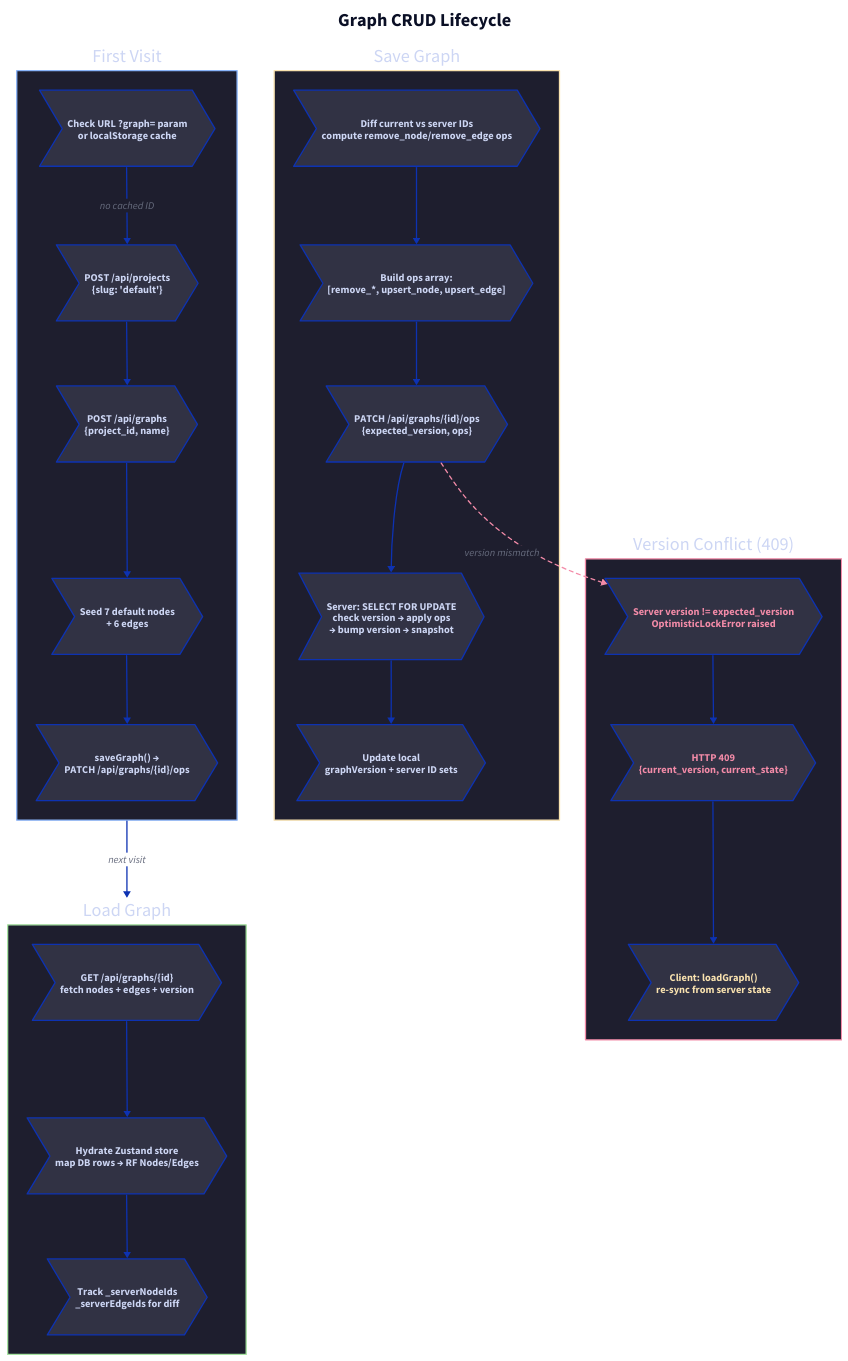
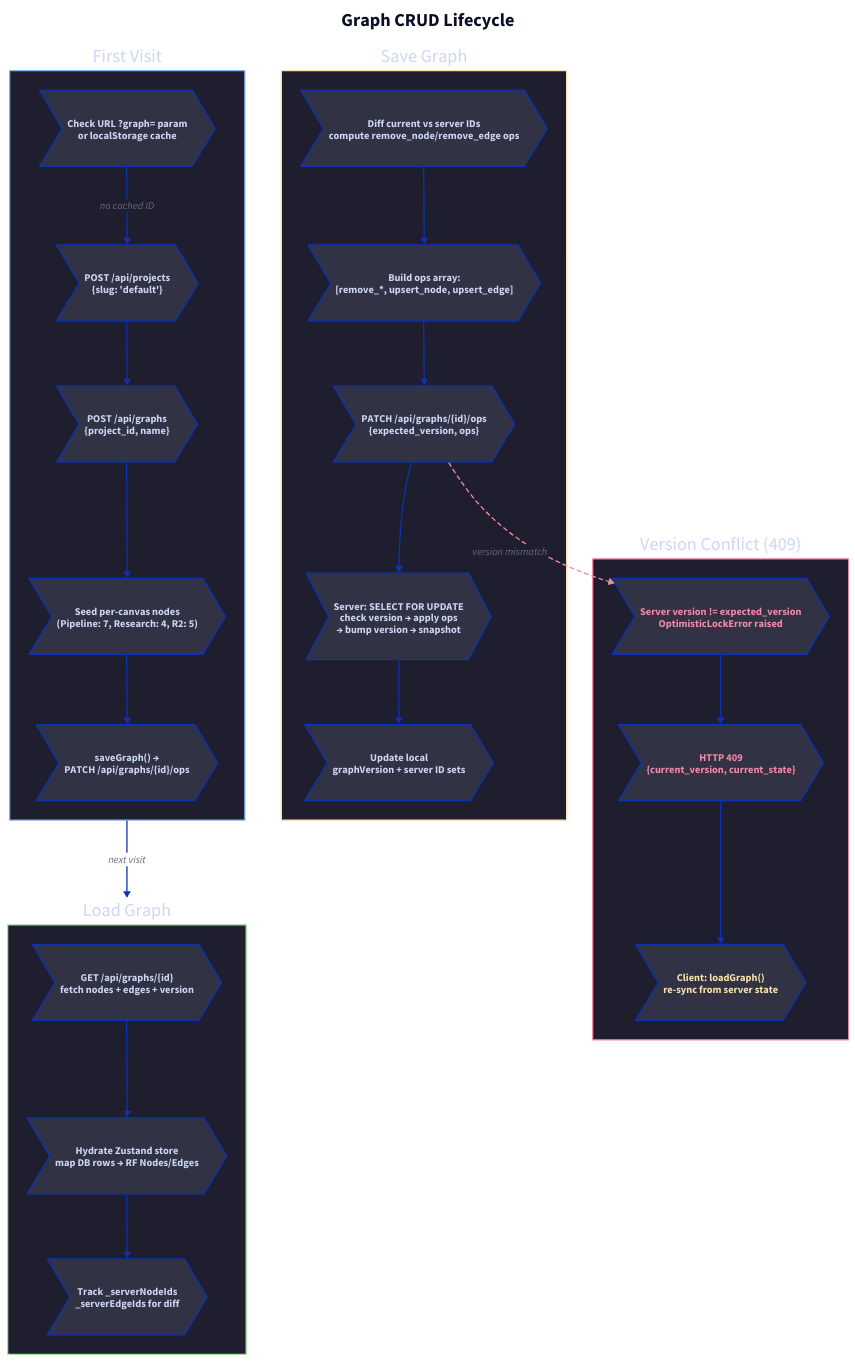
Before and after one commit to musicofhel/node-graph-substrate: the diagram in docs/diagrams/09-graph-crud.d2, drawn with D2. The commit also changed 31 other files, not shown here.

First line of the commit message:
Update all documentation to reflect 20-node/3-canvas architecture

```diff
--- a/docs/diagrams/09-graph-crud.d2
+++ b/docs/diagrams/09-graph-crud.d2
@@ -1,129 +1,129 @@
 direction: down
 
 title: {
   label: Graph CRUD Lifecycle
   near: top-center
   shape: text
   style.font-size: 28
   style.bold: true
 }
 
 first_visit: First Visit {
   style.fill: "#1e1e2e"
   style.stroke: "#89b4fa"
   style.font-color: "#cdd6f4"
 
   check: "Check URL ?graph= param\nor localStorage cache" {
     shape: step
     style.fill: "#313244"
     style.font-color: "#cdd6f4"
   }
   create_proj: "POST /api/projects\n{slug: 'default'}" {
     shape: step
     style.fill: "#313244"
     style.font-color: "#cdd6f4"
   }
   create_graph: "POST /api/graphs\n{project_id, name}" {
     shape: step
     style.fill: "#313244"
     style.font-color: "#cdd6f4"
   }
-  seed: "Seed 7 default nodes\n+ 6 edges" {
+  seed: "Seed per-canvas nodes\n(Pipeline: 7, Research: 4, R2: 5)" {
     shape: step
     style.fill: "#313244"
     style.font-color: "#cdd6f4"
   }
   save: "saveGraph() →\nPATCH /api/graphs/{id}/ops" {
     shape: step
     style.fill: "#313244"
     style.font-color: "#cdd6f4"
   }
 
   check -> create_proj: "no cached ID"
   create_proj -> create_graph -> seed -> save
 }
 
 load: Load Graph {
   style.fill: "#1e1e2e"
   style.stroke: "#a6e3a1"
   style.font-color: "#cdd6f4"
 
   fetch: "GET /api/graphs/{id}\nfetch nodes + edges + version" {
     shape: step
     style.fill: "#313244"
     style.font-color: "#cdd6f4"
   }
   hydrate: "Hydrate Zustand store\nmap DB rows → RF Nodes/Edges" {
     shape: step
     style.fill: "#313244"
     style.font-color: "#cdd6f4"
   }
   track: "Track _serverNodeIds\n_serverEdgeIds for diff" {
     shape: step
     style.fill: "#313244"
     style.font-color: "#cdd6f4"
   }
 
   fetch -> hydrate -> track
 }
 
 save_flow: Save Graph {
   style.fill: "#1e1e2e"
   style.stroke: "#f9e2af"
   style.font-color: "#cdd6f4"
 
   diff: "Diff current vs server IDs\ncompute remove_node/remove_edge ops" {
     shape: step
     style.fill: "#313244"
     style.font-color: "#cdd6f4"
   }
   build_ops: "Build ops array:\n[remove_*, upsert_node, upsert_edge]" {
     shape: step
     style.fill: "#313244"
     style.font-color: "#cdd6f4"
   }
   patch: "PATCH /api/graphs/{id}/ops\n{expected_version, ops}" {
     shape: step
     style.fill: "#313244"
     style.font-color: "#cdd6f4"
   }
   version: "Server: SELECT FOR UPDATE\ncheck version → apply ops\n→ bump version → snapshot" {
     shape: step
     style.fill: "#313244"
     style.font-color: "#cdd6f4"
   }
   update: "Update local\ngraphVersion + server ID sets" {
     shape: step
     style.fill: "#313244"
     style.font-color: "#cdd6f4"
   }
 
   diff -> build_ops -> patch -> version -> update
 }
 
 conflict: Version Conflict (409) {
   style.fill: "#1e1e2e"
   style.stroke: "#f38ba8"
   style.font-color: "#cdd6f4"
 
   detect: "Server version != expected_version\nOptimisticLockError raised" {
     shape: step
     style.fill: "#313244"
     style.font-color: "#f38ba8"
   }
   respond: "HTTP 409\n{current_version, current_state}" {
     shape: step
     style.fill: "#313244"
     style.font-color: "#f38ba8"
   }
   reload: "Client: loadGraph()\nre-sync from server state" {
     shape: step
     style.fill: "#313244"
     style.font-color: "#f9e2af"
   }
 
   detect -> respond -> reload
 }
 
 first_visit -> load: "next visit"
 save_flow.patch -> conflict.detect: "version mismatch" {style.stroke: "#f38ba8"; style.stroke-dash: 3}
```
